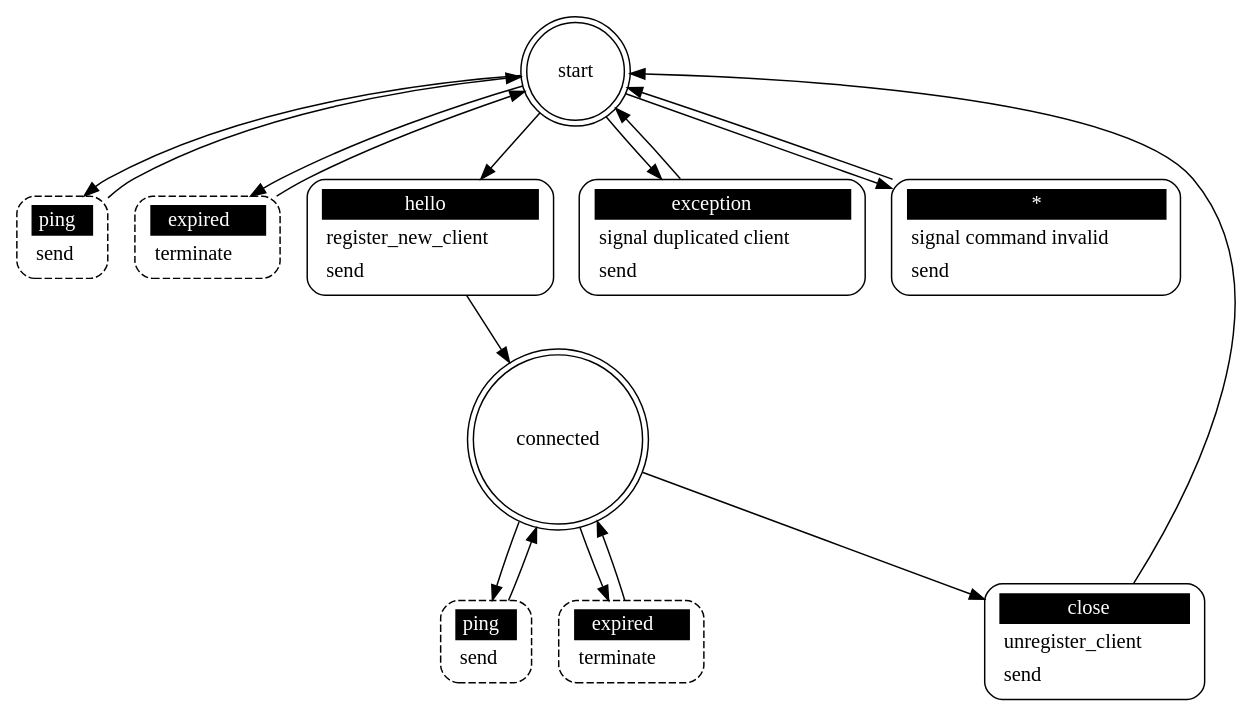
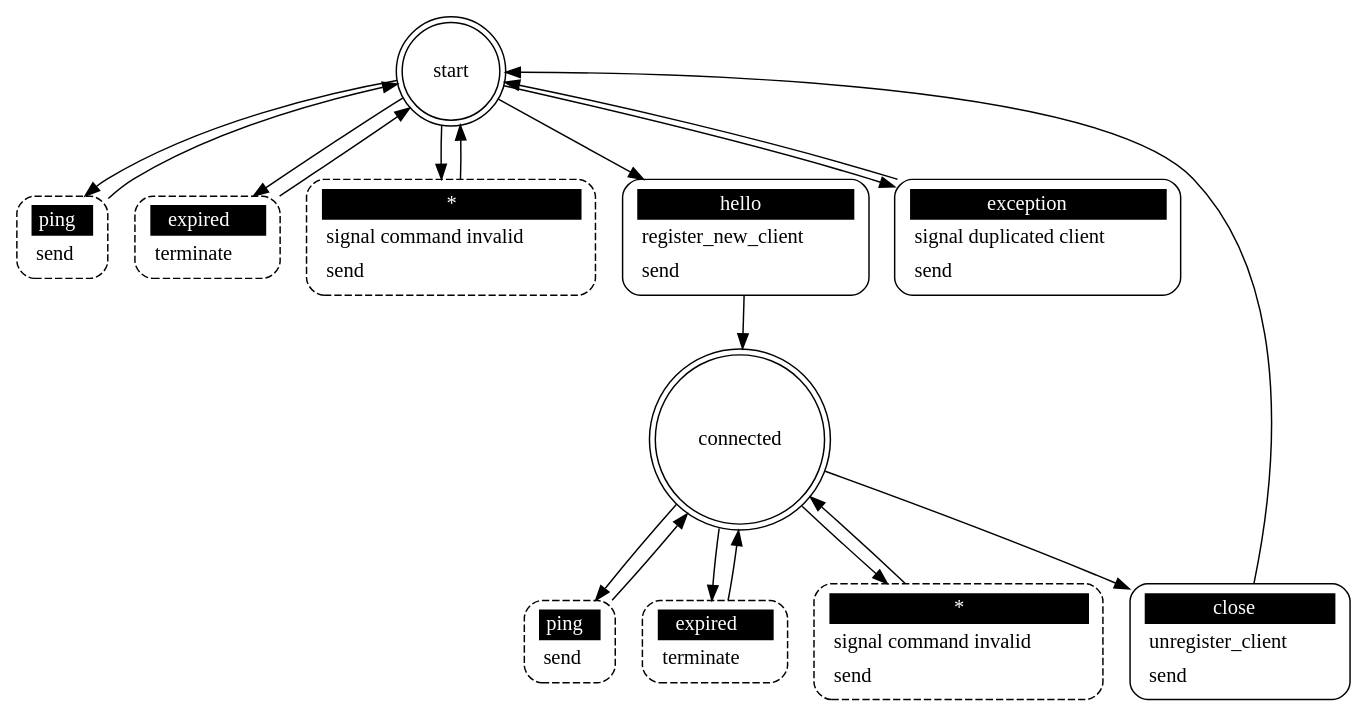
Before and after one commit to eaton-bob/joex: the diagram in src/joex_server.dot, drawn with Graphviz. The commit also changed 5 other files, not shown here.

```diff
--- a/src/joex_server.dot
+++ b/src/joex_server.dot
@@ -1,31 +1,34 @@
 ## Automatically generated from joex_server.xml by gsl
 digraph "joex_server" {
 
  "start" [shape = "doublecircle"];
  "start ping" [shape = "Mrecord" style = dashed label = <<table border="0" cellborder="0" cellpadding="3" bgcolor="white"><tr><td bgcolor="black" align="center" colspan="2"><font color="white">ping</font></td></tr><tr><td align="left" port="r3">send</td></tr></table>>];
  "start" -> "start ping";
  "start ping" -> "start";
  "start expired" [shape = "Mrecord" style = dashed label = <<table border="0" cellborder="0" cellpadding="3" bgcolor="white"><tr><td bgcolor="black" align="center" colspan="2"><font color="white">expired</font></td></tr><tr><td align="left" port="r3">terminate</td></tr></table>>];
  "start" -> "start expired";
  "start expired" -> "start";
+ "start *" [shape = "Mrecord" style = dashed label = <<table border="0" cellborder="0" cellpadding="3" bgcolor="white"><tr><td bgcolor="black" align="center" colspan="2"><font color="white">*</font></td></tr><tr><td align="left" port="r3">signal command invalid</td></tr><tr><td align="left" port="r3">send</td></tr></table>>];
+ "start" -> "start *";
+ "start *" -> "start";
  "start hello" [shape = "Mrecord" style = solid label = <<table border="0" cellborder="0" cellpadding="3" bgcolor="white"><tr><td bgcolor="black" align="center" colspan="2"><font color="white">hello</font></td></tr><tr><td align="left" port="r3">register_new_client</td></tr><tr><td align="left" port="r3">send</td></tr></table>>];
  "start" -> "start hello";
  "start hello" -> "connected";
  "start exception" [shape = "Mrecord" style = solid label = <<table border="0" cellborder="0" cellpadding="3" bgcolor="white"><tr><td bgcolor="black" align="center" colspan="2"><font color="white">exception</font></td></tr><tr><td align="left" port="r3">signal duplicated client</td></tr><tr><td align="left" port="r3">send</td></tr></table>>];
  "start" -> "start exception";
  "start exception" -> "start";
- "start *" [shape = "Mrecord" style = solid label = <<table border="0" cellborder="0" cellpadding="3" bgcolor="white"><tr><td bgcolor="black" align="center" colspan="2"><font color="white">*</font></td></tr><tr><td align="left" port="r3">signal command invalid</td></tr><tr><td align="left" port="r3">send</td></tr></table>>];
- "start" -> "start *";
- "start *" -> "start";
 
  "connected" [shape = "doublecircle"];
  "connected ping" [shape = "Mrecord" style = dashed label = <<table border="0" cellborder="0" cellpadding="3" bgcolor="white"><tr><td bgcolor="black" align="center" colspan="2"><font color="white">ping</font></td></tr><tr><td align="left" port="r3">send</td></tr></table>>];
  "connected" -> "connected ping";
  "connected ping" -> "connected";
  "connected expired" [shape = "Mrecord" style = dashed label = <<table border="0" cellborder="0" cellpadding="3" bgcolor="white"><tr><td bgcolor="black" align="center" colspan="2"><font color="white">expired</font></td></tr><tr><td align="left" port="r3">terminate</td></tr></table>>];
  "connected" -> "connected expired";
  "connected expired" -> "connected";
+ "connected *" [shape = "Mrecord" style = dashed label = <<table border="0" cellborder="0" cellpadding="3" bgcolor="white"><tr><td bgcolor="black" align="center" colspan="2"><font color="white">*</font></td></tr><tr><td align="left" port="r3">signal command invalid</td></tr><tr><td align="left" port="r3">send</td></tr></table>>];
+ "connected" -> "connected *";
+ "connected *" -> "connected";
  "connected close" [shape = "Mrecord" style = solid label = <<table border="0" cellborder="0" cellpadding="3" bgcolor="white"><tr><td bgcolor="black" align="center" colspan="2"><font color="white">close</font></td></tr><tr><td align="left" port="r3">unregister_client</td></tr><tr><td align="left" port="r3">send</td></tr></table>>];
  "connected" -> "connected close";
  "connected close" -> "start";
 }
```
